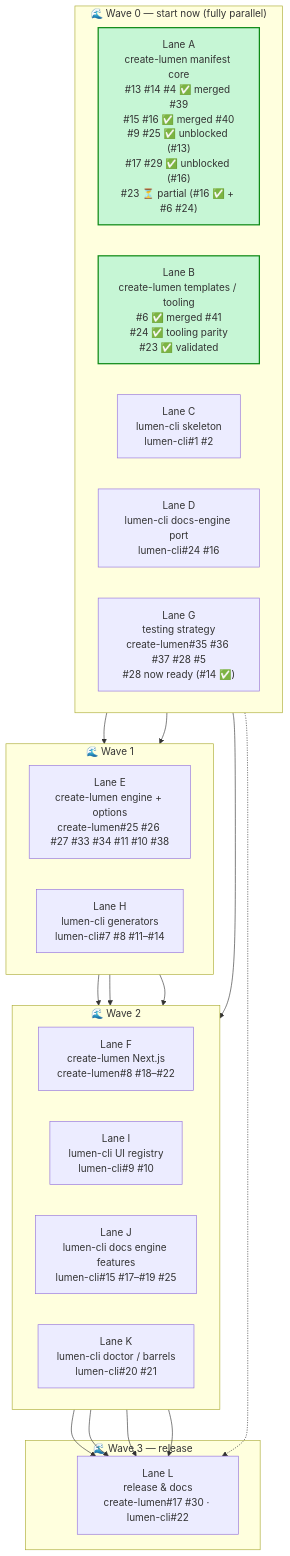
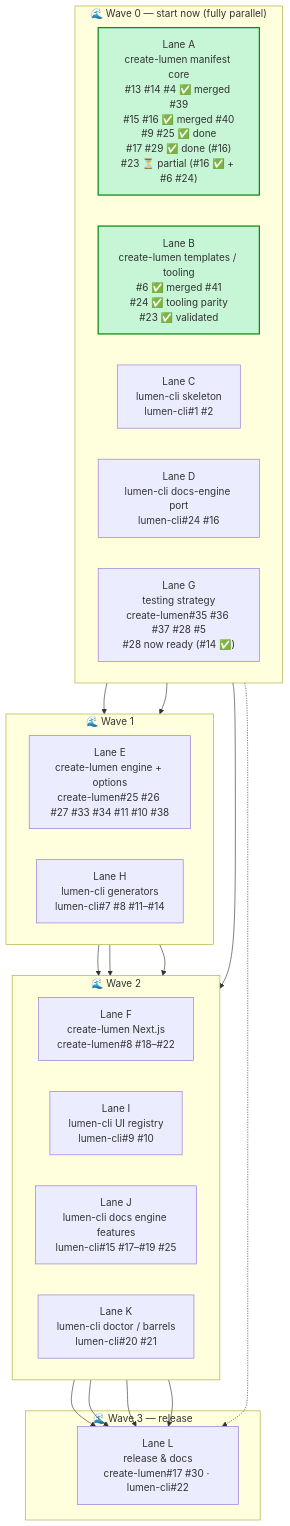
Before and after one commit to LUMEN-SH/create-lumen: the third of 5 diagrams in docs/PLAN.md, drawn with Mermaid. The commit also changed other lines of this file and 1 other file, not shown here.

Commit message:
docs: update PLAN/ROADMAP to reflect #9, #25, #28, #29 completed on feat/manifest-core

````diff
--- a/docs/PLAN.md
+++ b/docs/PLAN.md
@@ -141,43 +141,43 @@
 ```mermaid
 flowchart TB
     subgraph W0["🌊 Wave 0 — start now (fully parallel)"]
         direction LR
-        LaneA["Lane A<br/>create-lumen manifest core<br/>#13 #14 #4 ✅ merged #39<br/>#15 #16 ✅ merged #40<br/>#9 #25 ✅ unblocked (#13)<br/>#17 #29 ✅ unblocked (#16)<br/>#23 ⏳ partial (#16 ✅ + #6 #24)"]
+        LaneA["Lane A<br/>create-lumen manifest core<br/>#13 #14 #4 ✅ merged #39<br/>#15 #16 ✅ merged #40<br/>#9 #25 ✅ done<br/>#17 #29 ✅ done (#16)<br/>#23 ⏳ partial (#16 ✅ + #6 #24)"]
         LaneB["Lane B<br/>create-lumen templates / tooling<br/>#6 ✅ merged #41<br/>#24 ✅ tooling parity<br/>#23 ✅ validated"]
         LaneC["Lane C<br/>lumen-cli skeleton<br/>lumen-cli#1 #2"]
         LaneD["Lane D<br/>lumen-cli docs-engine port<br/>lumen-cli#24 #16"]
         LaneG["Lane G<br/>testing strategy<br/>create-lumen#35 #36 #37 #28 #5<br/>#28 now ready (#14 ✅)"]
     end
 
     subgraph W1["🌊 Wave 1"]
         direction LR
         LaneE["Lane E<br/>create-lumen engine + options<br/>create-lumen#25 #26 #27 #33 #34 #11 #10 #38"]
         LaneH["Lane H<br/>lumen-cli generators<br/>lumen-cli#7 #8 #11–#14"]
     end
 
     subgraph W2["🌊 Wave 2"]
         direction LR
         LaneF["Lane F<br/>create-lumen Next.js<br/>create-lumen#8 #18–#22"]
         LaneI["Lane I<br/>lumen-cli UI registry<br/>lumen-cli#9 #10"]
         LaneJ["Lane J<br/>lumen-cli docs engine features<br/>lumen-cli#15 #17–#19 #25"]
         LaneK["Lane K<br/>lumen-cli doctor / barrels<br/>lumen-cli#20 #21"]
     end
 
     subgraph W3["🌊 Wave 3 — release"]
         LaneL["Lane L<br/>release &amp; docs<br/>create-lumen#17 #30 · lumen-cli#22"]
     end
 
     LaneA --> LaneE --> LaneF
     LaneC --> LaneH
     LaneH --> LaneI
     LaneH --> LaneK
     LaneD --> LaneJ
     LaneG -.-> LaneL
     LaneF --> LaneL
     LaneI --> LaneL
     LaneJ --> LaneL
     LaneK --> LaneL
 
     style LaneA fill:#c6f6d5,stroke:#0e8a16,stroke-width:2px
     style LaneB fill:#c6f6d5,stroke:#0e8a16,stroke-width:2px
 ```
````
